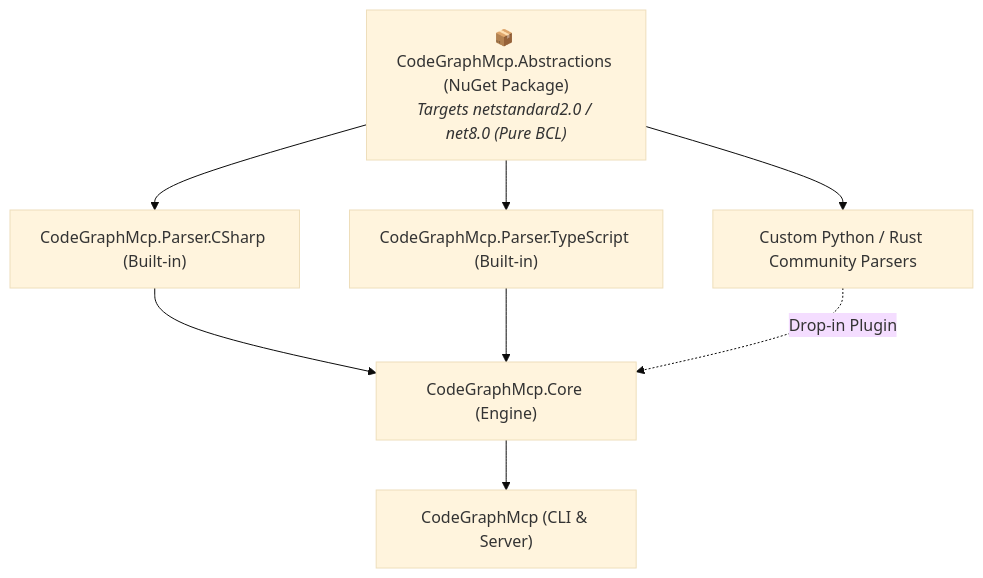
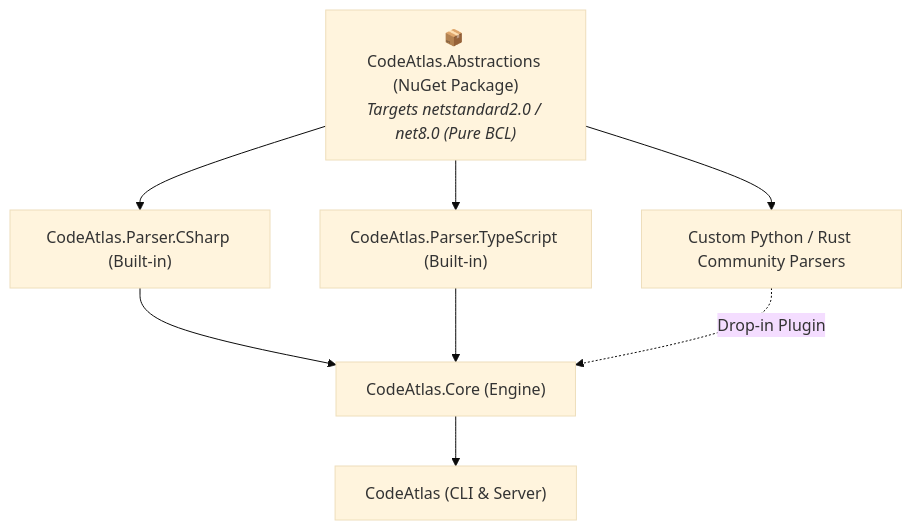
The diagram in plan/plugin-abstractions-nuget.md (ScriptedFluff/CodeAtlas), drawn with Mermaid (base theme) before and after one commit. The commit also changed other lines of this file and 322 other files, not shown here.

````diff
--- a/plan/plugin-abstractions-nuget.md
+++ b/plan/plugin-abstractions-nuget.md
@@ -13,14 +13,14 @@
 ```mermaid
 flowchart TD
-    NuGet["📦 CodeGraphMcp.Abstractions (NuGet Package)<br><i>Targets netstandard2.0 / net8.0 (Pure BCL)</i>"]
+    NuGet["📦 CodeAtlas.Abstractions (NuGet Package)<br><i>Targets netstandard2.0 / net8.0 (Pure BCL)</i>"]
     
-    NuGet --> P1["CodeGraphMcp.Parser.CSharp (Built-in)"]
-    NuGet --> P2["CodeGraphMcp.Parser.TypeScript (Built-in)"]
+    NuGet --> P1["CodeAtlas.Parser.CSharp (Built-in)"]
+    NuGet --> P2["CodeAtlas.Parser.TypeScript (Built-in)"]
     NuGet --> P3["Custom Python / Rust Community Parsers"]
     
-    P1 --> Engine["CodeGraphMcp.Core (Engine)"]
+    P1 --> Engine["CodeAtlas.Core (Engine)"]
     P2 --> Engine
     P3 -.->|Drop-in Plugin| Engine
     
-    Engine --> CLI["CodeGraphMcp (CLI & Server)"]
+    Engine --> CLI["CodeAtlas (CLI & Server)"]
 ```
````
